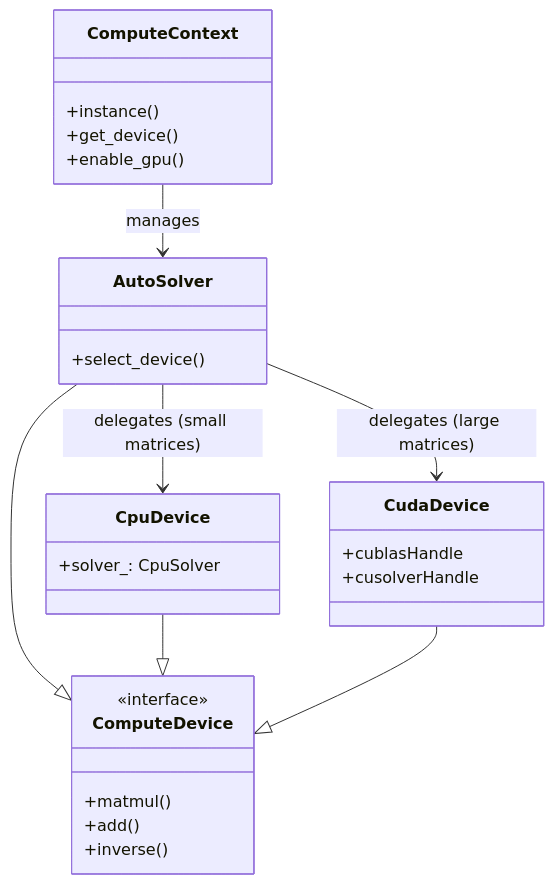
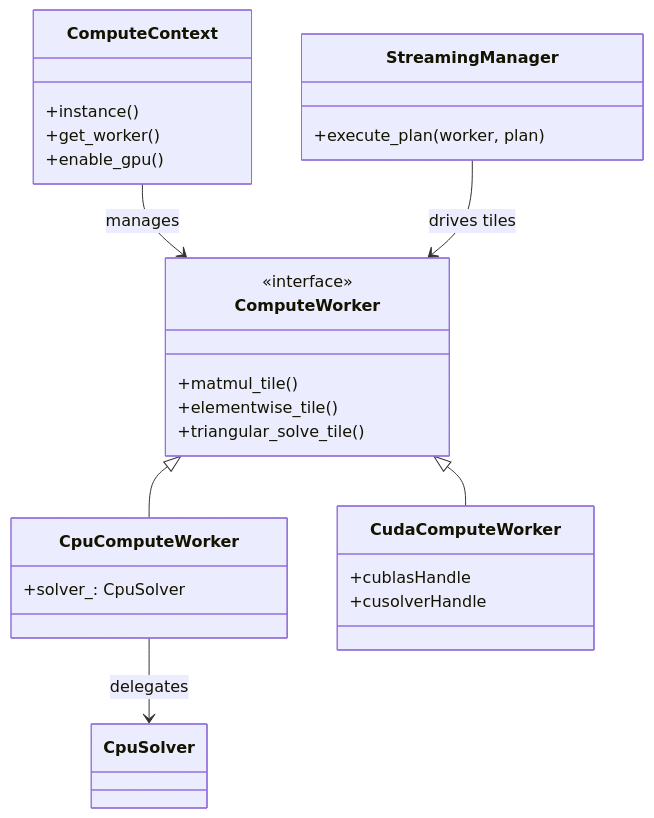
The diagram in documentation/internals/Compute Architecture.md (BrorH/pycauset), drawn with Mermaid before and after one commit. The commit also changed other lines of this file and 102 other files, not shown here.

````diff
--- a/documentation/internals/Compute Architecture.md
+++ b/documentation/internals/Compute Architecture.md
@@ -9,35 +9,34 @@
 ```mermaid
 classDiagram
     class ComputeContext {
         +instance()
-        +get_device()
+        +get_worker()
         +enable_gpu()
     }
     
-    class ComputeDevice {
+    class ComputeWorker {
         <<interface>>
-        +matmul()
-        +add()
-        +inverse()
+        +matmul_tile()
+        +elementwise_tile()
+        +triangular_solve_tile()
     }
     
-    class AutoSolver {
-        +select_device()
-    }
-    
-    class CpuDevice {
+    class CpuComputeWorker {
         +solver_: CpuSolver
     }
     
-    class CudaDevice {
+    class CudaComputeWorker {
         +cublasHandle
         +cusolverHandle
     }
 
-    ComputeContext --> AutoSolver : manages
-    AutoSolver --|> ComputeDevice
-    AutoSolver --> CpuDevice : delegates (small matrices)
-    AutoSolver --> CudaDevice : delegates (large matrices)
-    CpuDevice --|> ComputeDevice
-    CudaDevice --|> ComputeDevice
+    class StreamingManager {
+         +execute_plan(worker, plan)
+    }
+
+    ComputeContext --> ComputeWorker : manages
+    ComputeWorker <|-- CpuComputeWorker
+    ComputeWorker <|-- CudaComputeWorker
+    StreamingManager --> ComputeWorker : drives tiles
+    CpuComputeWorker --> CpuSolver : delegates
 ```
````
